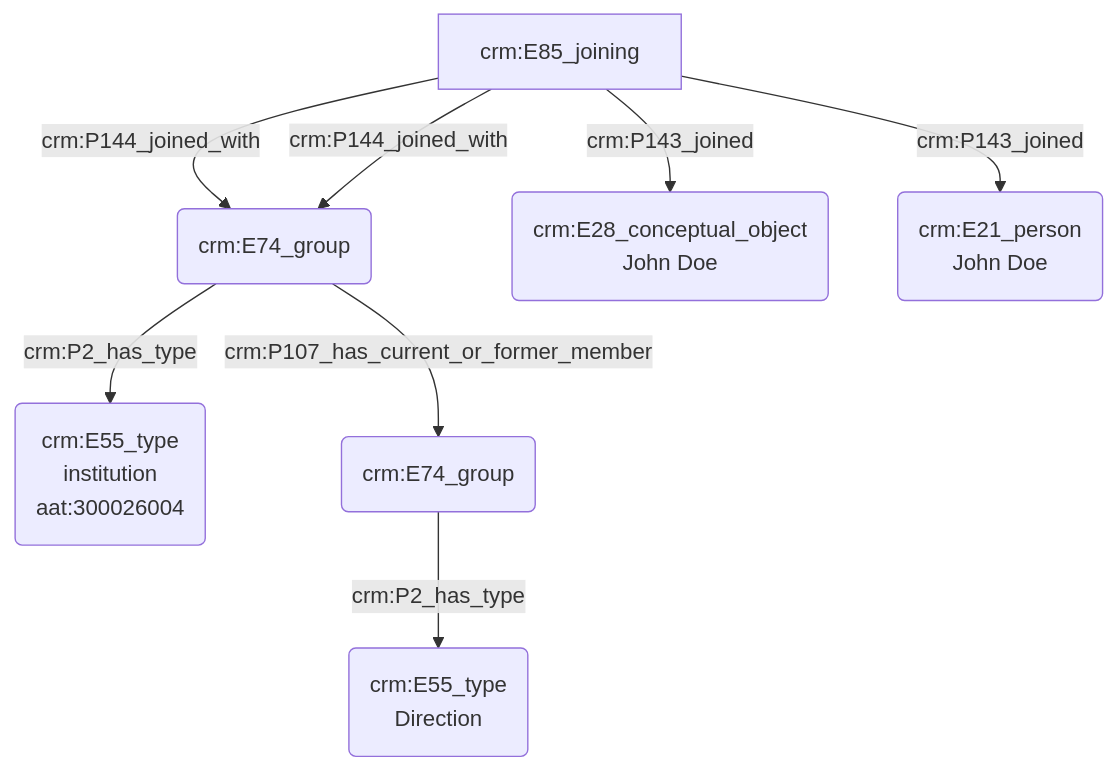
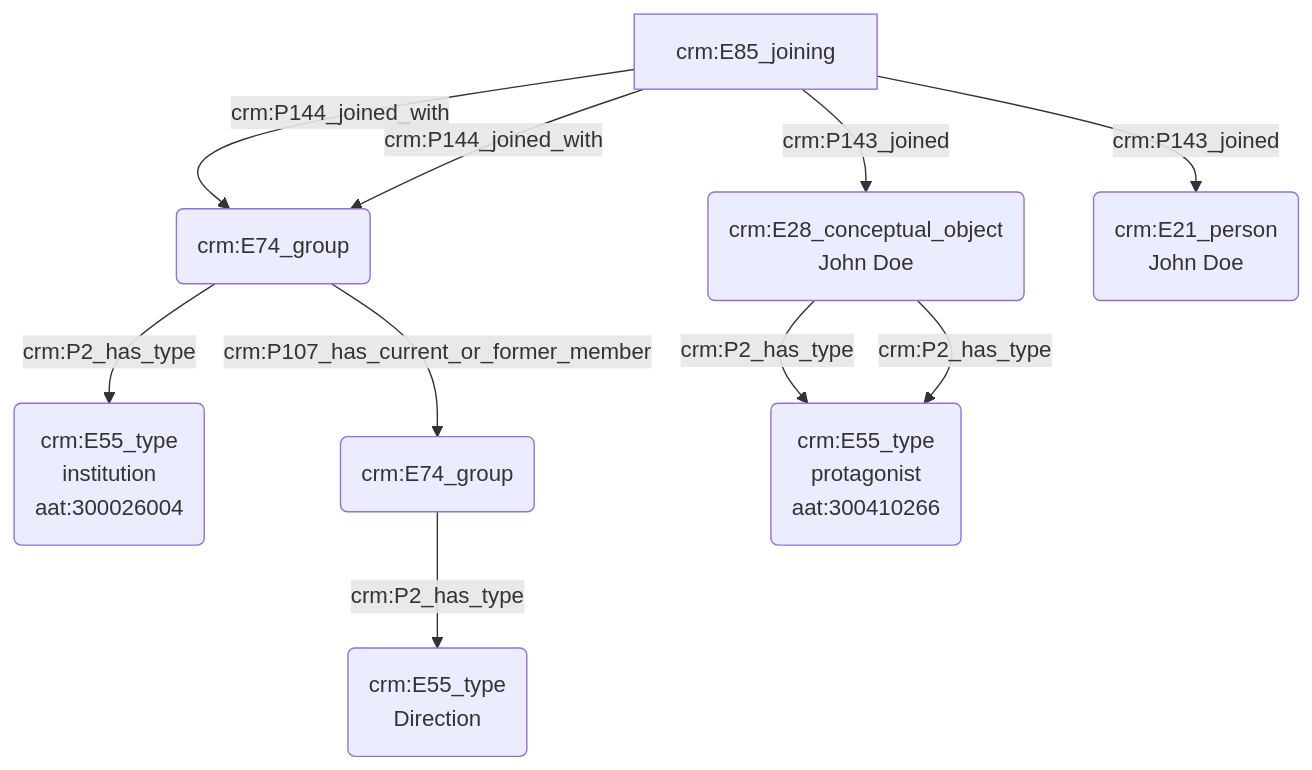
Before and after one commit to Amleth/consortium-musica2-gt2-ontologies: the diagram in modules/livrables/Dossier 2/Indexation conceptuelle/statut et fonction d'une personne réelle.md, drawn with Mermaid.

Commit message:
Update statut et fonction d'une personne réelle.md

````diff
--- a/modules/livrables/Dossier 2/Indexation conceptuelle/statut et fonction d'une personne réelle.md
+++ b/modules/livrables/Dossier 2/Indexation conceptuelle/statut et fonction d'une personne réelle.md
@@ -11,12 +11,15 @@
 ```mermaid
 graph TD;
 
 M(crm:E74_group) -->|crm:P2_has_type| N(crm:E55_type<br>institution<br>aat:300026004)
 U[crm:E85_joining] --> |crm:P144_joined_with| M(crm:E74_group)
 M(crm:E74_group) --> |crm:P107_has_current_or_former_member| S(crm:E74_group)
 S(crm:E74_group) --> |crm:P2_has_type| T(crm:E55_type<br>Direction)
 U[crm:E85_joining] -->|crm:P143_joined| K(crm:E28_conceptual_object<br>John Doe)
 U[crm:E85_joining] -->|crm:P143_joined| A(crm:E21_person<br>John Doe)
 U[crm:E85_joining] --> |crm:P144_joined_with| M(crm:E74_group)
 
+K(crm:E28_conceptual_object<br>John Doe) --> |crm:P2_has_type| C(crm:E55_type<br>protagonist<br>aat:300410266)
+K(crm:E28_conceptual_object<br>John Doe) --> |crm:P2_has_type| C(crm:E55_type<br>protagonist<br>aat:300410266)
+
 ```
````
